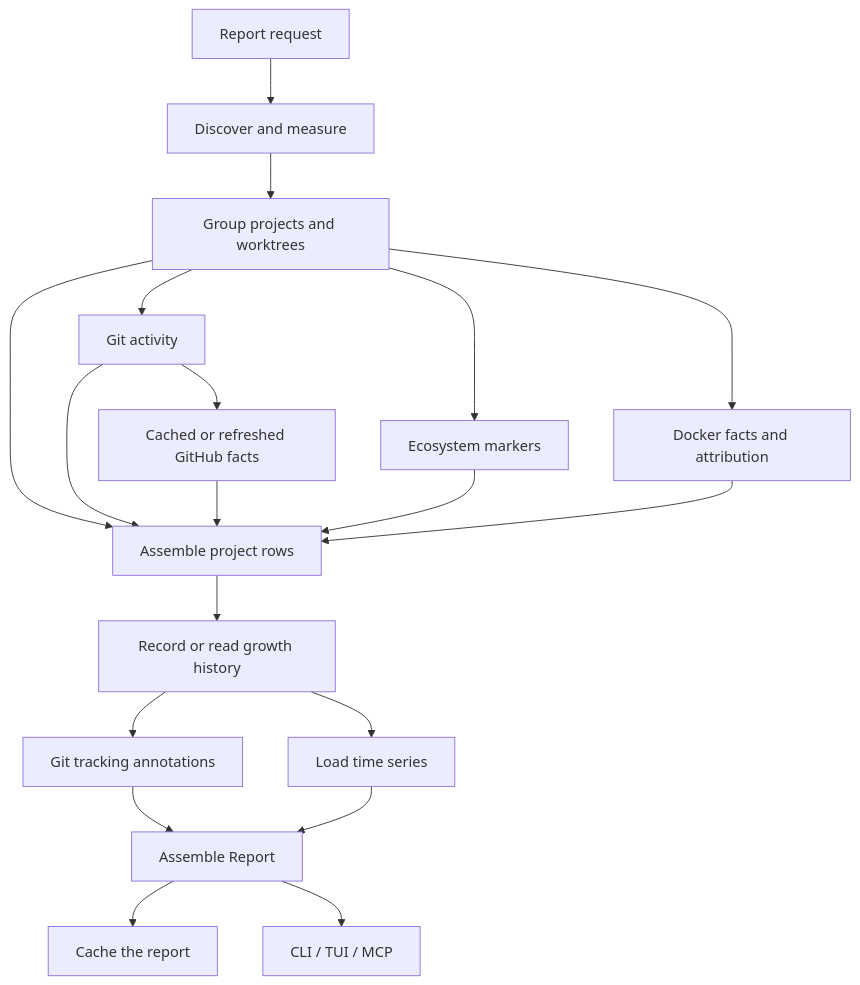
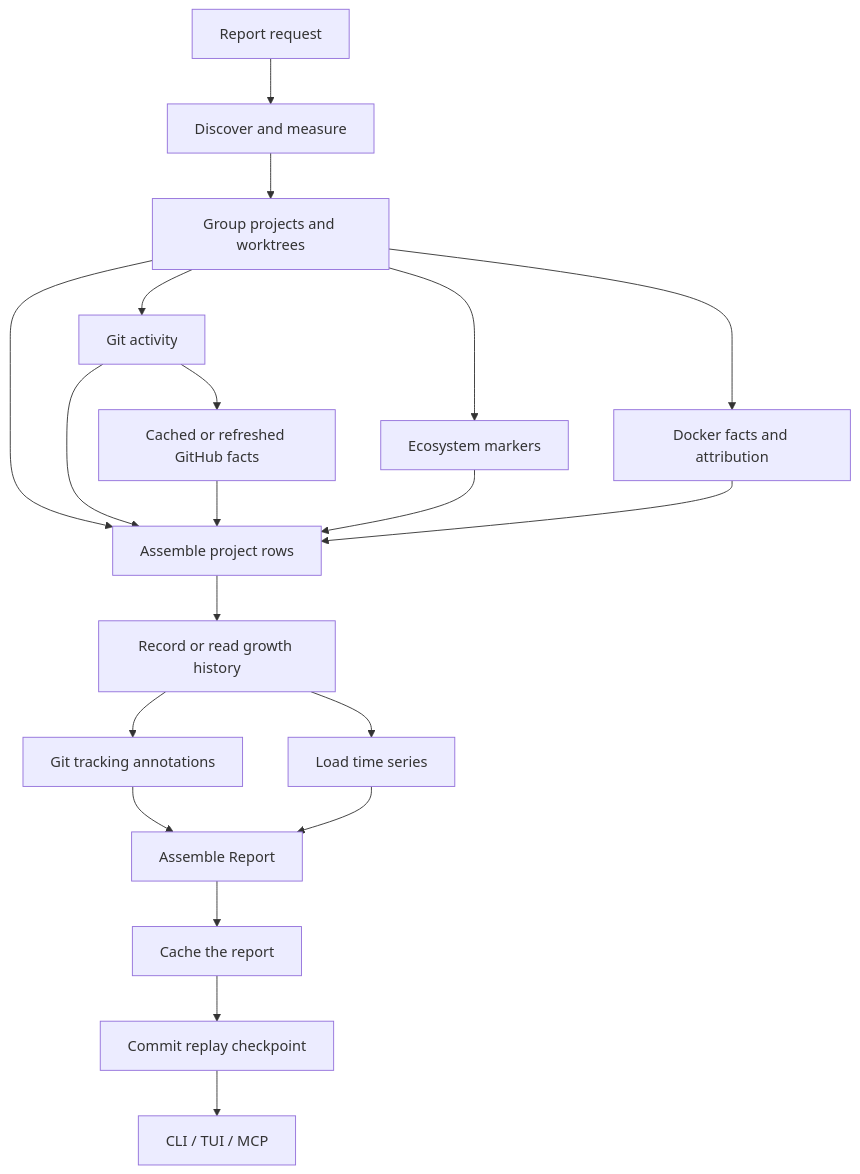
Before and after one commit to open-horizon-labs/slop-livin: the diagram in docs/architecture.md, drawn with Mermaid. The commit also changed other lines of this file and 6 other files, not shown here.

Commit message:
fix: commit replay checkpoint after report persistence

````diff
--- a/docs/architecture.md
+++ b/docs/architecture.md
@@ -46,21 +46,22 @@
 ```mermaid
 flowchart TD
     Request[Report request] --> Walk[Discover and measure]
     Walk --> Projects[Group projects and worktrees]
     Projects --> Signals[Git activity]
     Signals --> GitHub[Cached or refreshed GitHub facts]
     Projects --> Ecosystems[Ecosystem markers]
     Projects --> Docker[Docker facts and attribution]
     Projects --> Gate[Assemble project rows]
     Signals --> Gate
     GitHub --> Gate
     Ecosystems --> Gate
     Docker --> Gate
     Gate --> Growth[Record or read growth history]
     Growth --> Tracking[Git tracking annotations]
     Growth --> History[Load time series]
     Tracking --> Report[Assemble Report]
     History --> Report
     Report --> Cache[Cache the report]
-    Report --> Interfaces[CLI / TUI / MCP]
+    Cache --> Checkpoint[Commit replay checkpoint]
+    Checkpoint --> Interfaces[CLI / TUI / MCP]
 ```
````
